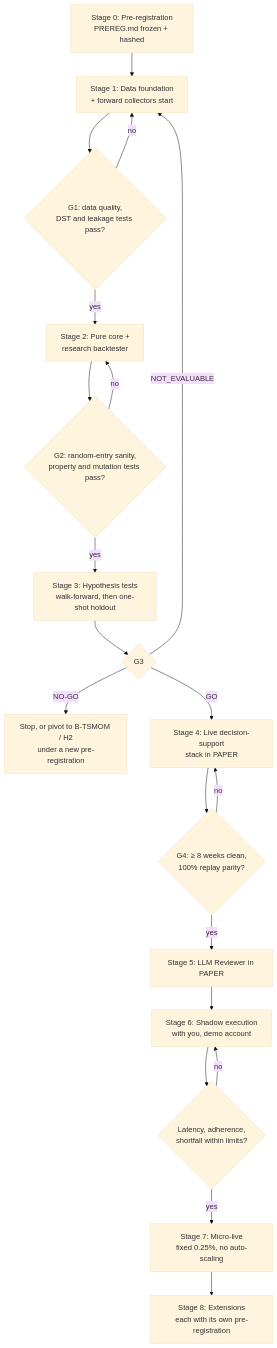
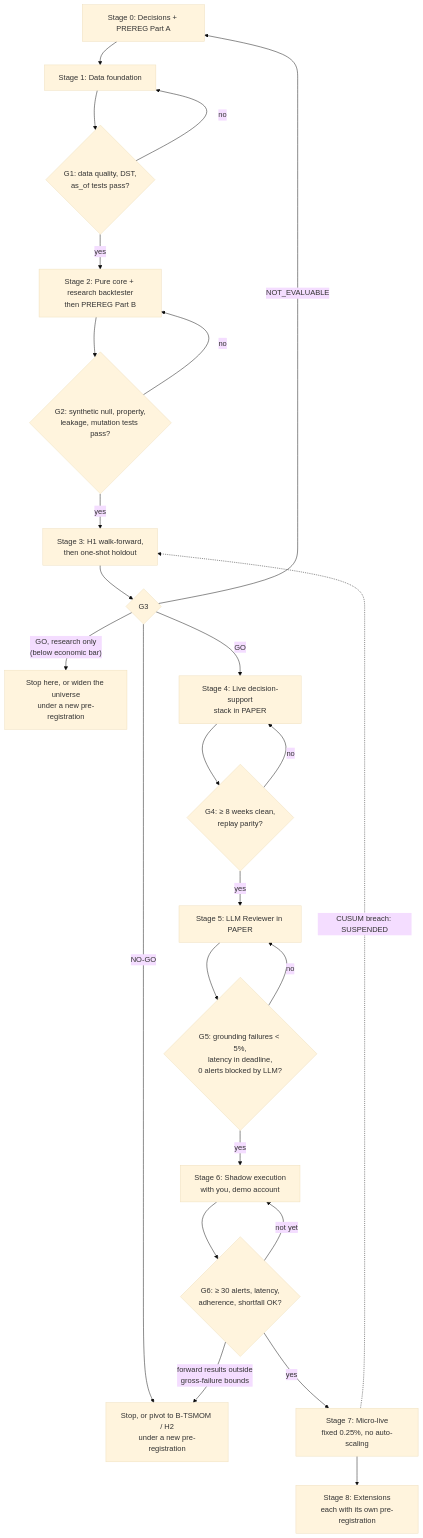
Before and after one commit to Nathi247/brazilian-real-estate-analysis: the tenth of 11 diagrams in aegis-fx/PLAN.md, drawn with Mermaid (base theme). The commit also changed other lines of this file and 2 other files, not shown here.

First line of the commit message:
Revise AEGIS-FX V4 plan after second verification pass

````diff
--- a/aegis-fx/PLAN.md
+++ b/aegis-fx/PLAN.md
@@ -735,22 +988,27 @@
 ```mermaid
 flowchart TD
-  S0["Stage 0: Pre-registration<br/>PREREG.md frozen + hashed"] --> S1["Stage 1: Data foundation<br/>+ forward collectors start"]
-  S1 --> G1{"G1: data quality,<br/>DST and leakage tests pass?"}
+  S0["Stage 0: Decisions + PREREG Part A"] --> S1["Stage 1: Data foundation"]
+  S1 --> G1{"G1: data quality, DST,<br/>as_of tests pass?"}
   G1 -- "no" --> S1
-  G1 -- "yes" --> S2["Stage 2: Pure core +<br/>research backtester"]
-  S2 --> G2{"G2: random-entry sanity,<br/>property and mutation tests pass?"}
+  G1 -- "yes" --> S2["Stage 2: Pure core + research backtester<br/>then PREREG Part B"]
+  S2 --> G2{"G2: synthetic null, property,<br/>leakage, mutation tests pass?"}
   G2 -- "no" --> S2
-  G2 -- "yes" --> S3["Stage 3: Hypothesis tests<br/>walk-forward, then one-shot holdout"]
+  G2 -- "yes" --> S3["Stage 3: H1 walk-forward,<br/>then one-shot holdout"]
   S3 --> G3{"G3"}
-  G3 -- "NOT_EVALUABLE" --> S1
+  G3 -- "NOT_EVALUABLE" --> S0
   G3 -- "NO-GO" --> STOP["Stop, or pivot to B-TSMOM / H2<br/>under a new pre-registration"]
+  G3 -- "GO, research only<br/>(below economic bar)" --> RO["Stop here, or widen the universe<br/>under a new pre-registration"]
   G3 -- "GO" --> S4["Stage 4: Live decision-support<br/>stack in PAPER"]
-  S4 --> G4{"G4: ≥ 8 weeks clean,<br/>100% replay parity?"}
+  S4 --> G4{"G4: ≥ 8 weeks clean,<br/>replay parity?"}
   G4 -- "no" --> S4
   G4 -- "yes" --> S5["Stage 5: LLM Reviewer in PAPER"]
-  S5 --> S6["Stage 6: Shadow execution<br/>with you, demo account"]
-  S6 --> G6{"Latency, adherence,<br/>shortfall within limits?"}
-  G6 -- "no" --> S6
+  S5 --> G5{"G5: grounding failures < 5%,<br/>latency in deadline,<br/>0 alerts blocked by LLM?"}
+  G5 -- "no" --> S5
+  G5 -- "yes" --> S6["Stage 6: Shadow execution<br/>with you, demo account"]
+  S6 --> G6{"G6: ≥ 30 alerts, latency,<br/>adherence, shortfall OK?"}
+  G6 -- "not yet" --> S6
+  G6 -- "forward results outside<br/>gross-failure bounds" --> STOP
   G6 -- "yes" --> S7["Stage 7: Micro-live<br/>fixed 0.25%, no auto-scaling"]
   S7 --> S8["Stage 8: Extensions<br/>each with its own pre-registration"]
+  S7 -.->|"CUSUM breach: SUSPENDED"| S3
 ```
````
